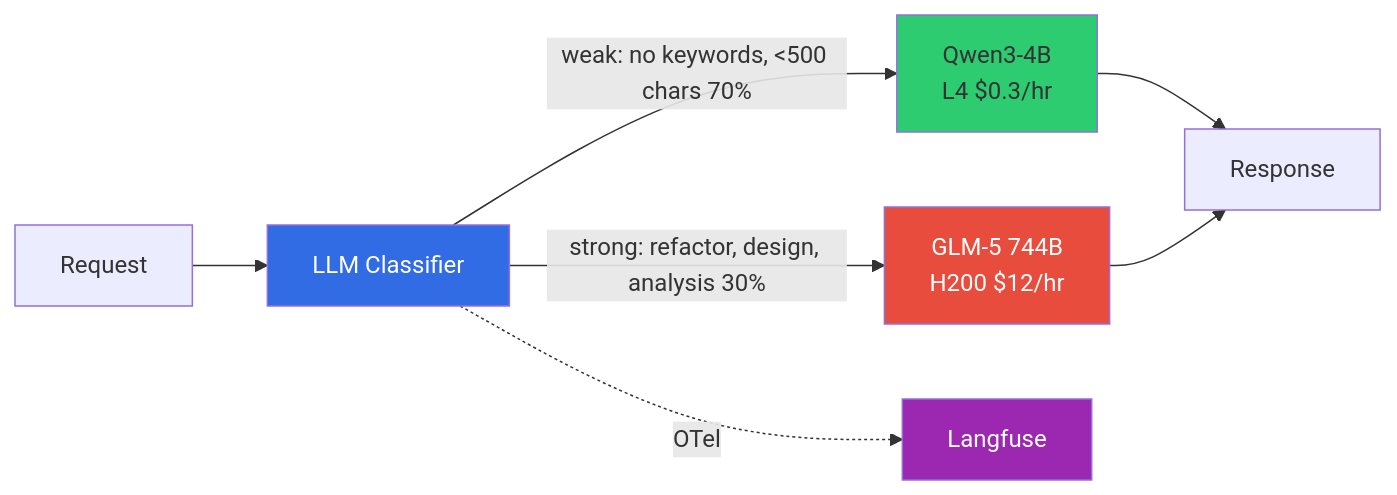
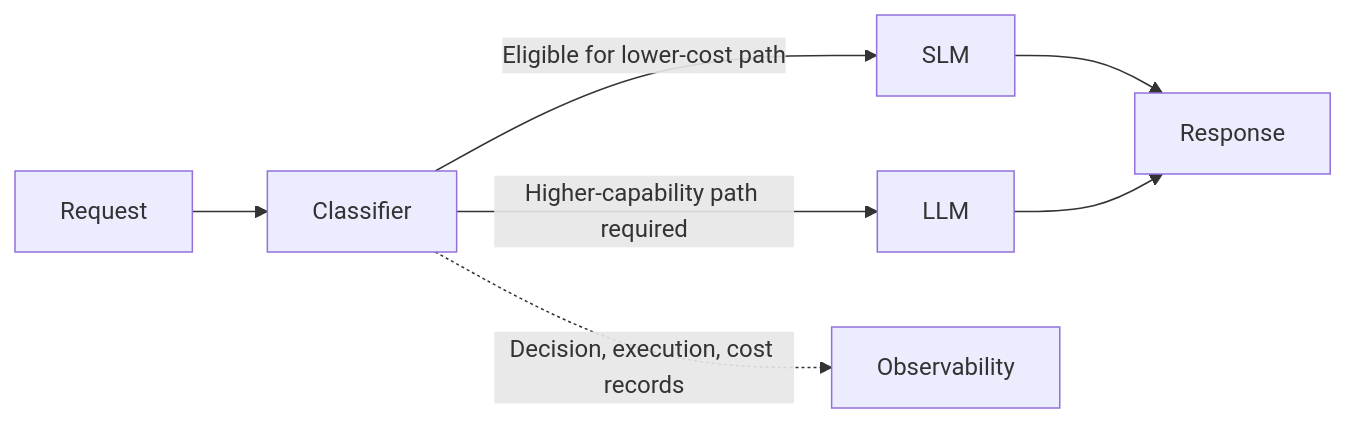
Before and after one commit to devfloor9/engineering-playbook: the second of 3 diagrams in i18n/en/docusaurus-plugin-content-docs/current/agentic-ai-platform/reference-architecture/integrations/coding-tools-cost-analysis.md, drawn with Mermaid. The commit also changed other lines of this file and 4 other files, not shown here.

````diff
--- a/i18n/en/docusaurus-plugin-content-docs/current/agentic-ai-platform/reference-architecture/integrations/coding-tools-cost-analysis.md
+++ b/i18n/en/docusaurus-plugin-content-docs/current/agentic-ai-platform/reference-architecture/integrations/coding-tools-cost-analysis.md
@@ -278,14 +260,9 @@
 ```mermaid
 graph LR
-    Req[Request] --> CLS[LLM Classifier]
-    CLS -->|weak: no keywords, <500 chars 70%| SLM[Qwen3-4B<br/>L4 $0.3/hr]
-    CLS -->|strong: refactor, design, analysis 30%| LLM[GLM-5 744B<br/>H200 $12/hr]
+    Req[Request] --> CLS[Classifier]
+    CLS -->|Eligible for lower-cost path| SLM[SLM]
+    CLS -->|Higher-capability path required| LLM[LLM]
     SLM --> Resp[Response]
     LLM --> Resp
-    CLS -.->|OTel| LF[Langfuse]
-    
-    style CLS fill:#326ce5,color:#fff
-    style SLM fill:#2ecc71
-    style LLM fill:#e74c3c,color:#fff
-    style LF fill:#9c27b0,color:#fff
+    CLS -.->|Decision, execution, cost records| LF[Observability]
 ```
````
